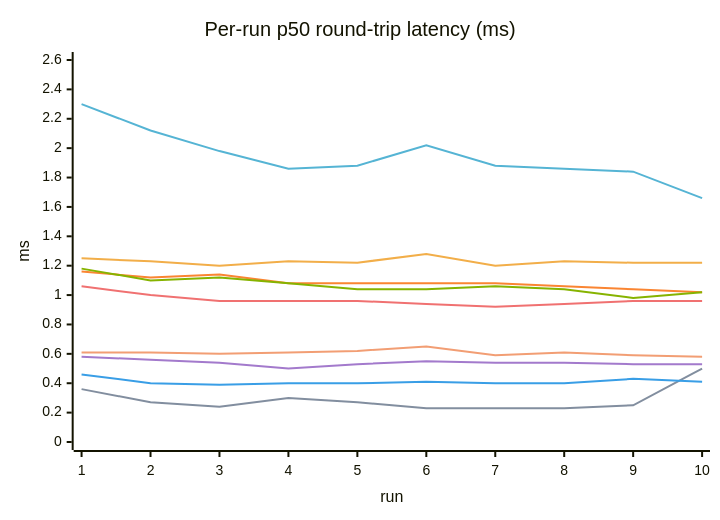
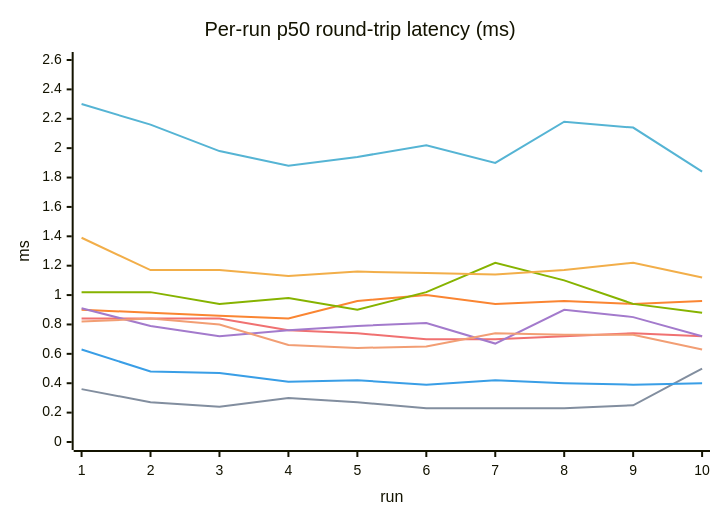
The second of 6 diagrams in docs/BENCHMARK.md (K4zoku/FF-WebHID), drawn with Mermaid before and after one commit. The commit also changed other lines of this file, not shown here.

````diff
--- a/docs/BENCHMARK.md
+++ b/docs/BENCHMARK.md
@@ -161,21 +165,21 @@
 ```mermaid
 ---
 config:
   themeVariables:
     xyChart:
       plotColorPalette: '#55b4d4, #fa8532, #86b300, #f07171, #828e9f, #f2ae49, #399ee6, #a37acc, #f29e74'
 ---
 xychart
     title "Per-run p50 round-trip latency (ms)"
     x-axis "run" [1, 2, 3, 4, 5, 6, 7, 8, 9, 10]
     y-axis "ms" 0 --> 2.6
-    line "nm" [2.30, 2.12, 1.98, 1.86, 1.88, 2.02, 1.88, 1.86, 1.84, 1.66]
-    line "ws" [1.16, 1.12, 1.14, 1.08, 1.08, 1.08, 1.08, 1.06, 1.04, 1.02]
-    line "wt-inpage" [1.18, 1.10, 1.12, 1.08, 1.04, 1.04, 1.06, 1.04, 0.98, 1.02]
-    line "wt" [1.06, 1.00, 0.96, 0.96, 0.96, 0.94, 0.92, 0.94, 0.96, 0.96]
+    line "nm" [2.30, 2.16, 1.98, 1.88, 1.94, 2.02, 1.90, 2.18, 2.14, 1.84]
+    line "ws" [0.90, 0.88, 0.86, 0.84, 0.96, 1.00, 0.94, 0.96, 0.94, 0.96]
+    line "wt-inpage" [1.02, 1.02, 0.94, 0.98, 0.90, 1.02, 1.22, 1.10, 0.94, 0.88]
+    line "wt" [0.84, 0.84, 0.84, 0.76, 0.74, 0.70, 0.70, 0.72, 0.74, 0.72]
     line "native" [0.36, 0.27, 0.24, 0.30, 0.27, 0.23, 0.23, 0.23, 0.25, 0.50]
-    line "chr-nm" [1.25, 1.23, 1.20, 1.23, 1.22, 1.28, 1.20, 1.23, 1.22, 1.22]
-    line "chr-ws" [0.46, 0.40, 0.39, 0.40, 0.40, 0.41, 0.40, 0.40, 0.43, 0.41]
-    line "chr-wt-inpage" [0.58, 0.56, 0.54, 0.50, 0.53, 0.55, 0.54, 0.54, 0.53, 0.53]
-    line "chr-wt" [0.61, 0.61, 0.60, 0.61, 0.62, 0.65, 0.59, 0.61, 0.59, 0.58]
+    line "chr-nm" [1.39, 1.17, 1.17, 1.13, 1.16, 1.15, 1.14, 1.17, 1.22, 1.12]
+    line "chr-ws" [0.63, 0.48, 0.47, 0.41, 0.42, 0.39, 0.42, 0.40, 0.39, 0.40]
+    line "chr-wt-inpage" [0.91, 0.79, 0.72, 0.76, 0.79, 0.81, 0.67, 0.90, 0.85, 0.72]
+    line "chr-wt" [0.82, 0.84, 0.80, 0.66, 0.64, 0.65, 0.74, 0.73, 0.73, 0.63]
 ```
````
